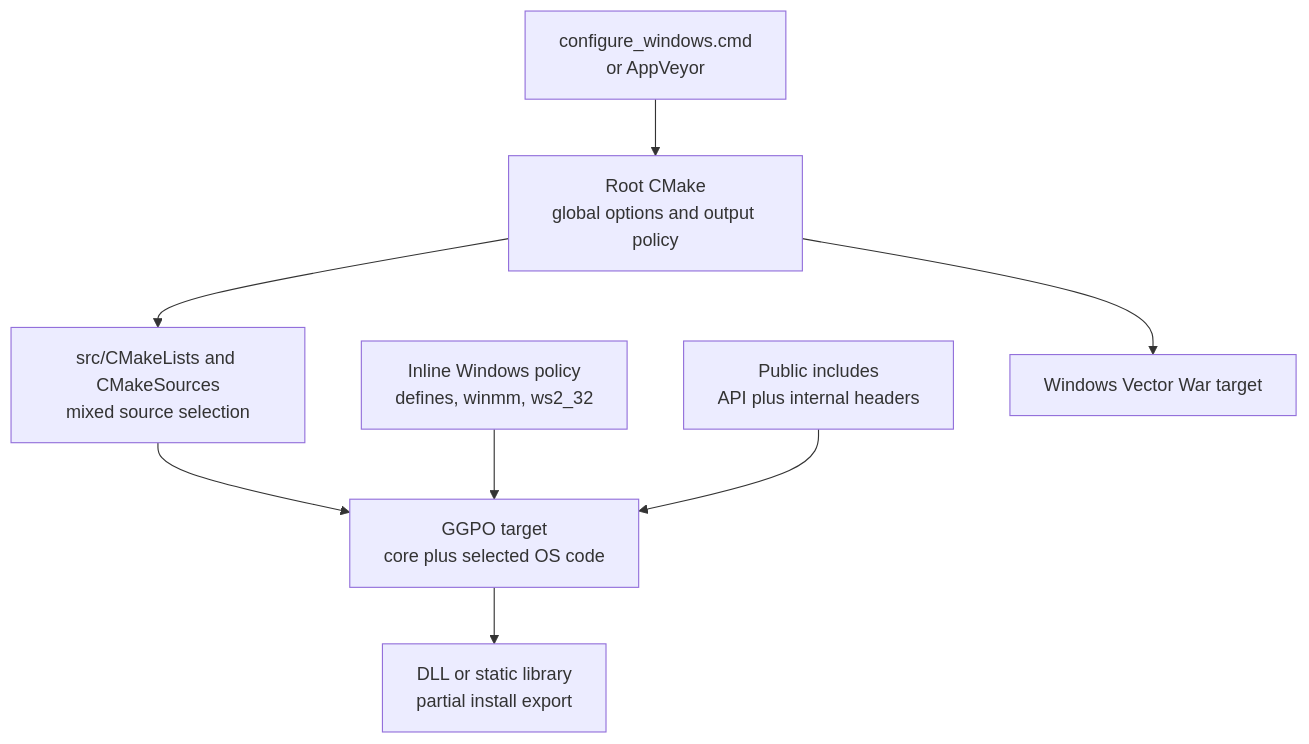
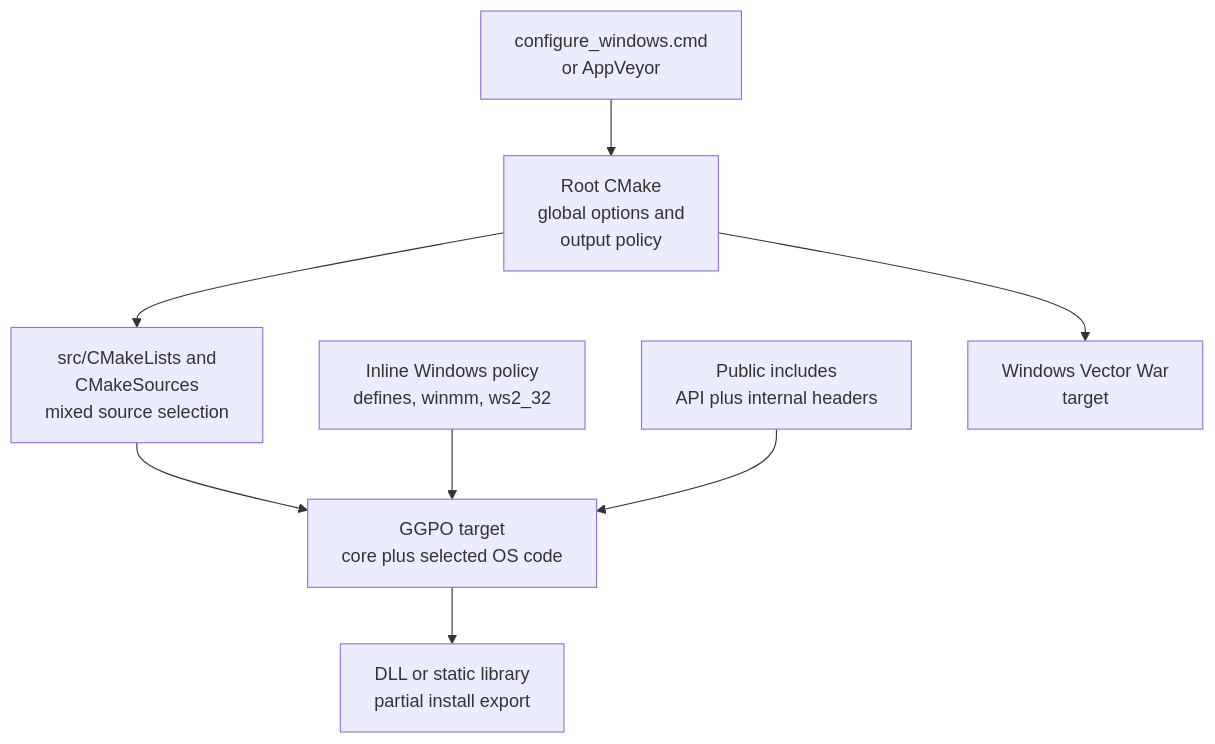
One commit to irregularthanis/ggpo-next changed the third of 5 diagrams in doc/planning/2026-11-06-platform_agnostic_core/TECH_PLAN.md. Above: the diagram before and after it, drawn with Mermaid. The commit also changed other lines of this file and 9 other files, not shown here.

Commit message:
docs: wrap Mermaid diagram labels

````diff
--- a/doc/planning/2026-11-06-platform_agnostic_core/TECH_PLAN.md
+++ b/doc/planning/2026-11-06-platform_agnostic_core/TECH_PLAN.md
@@ -269,16 +269,16 @@
 ```mermaid
 flowchart TD
     Entry["configure_windows.cmd<br/>or AppVeyor"]
-    Root["Root CMake<br/>global options and output policy"]
-    List["src/CMakeLists and CMakeSources<br/>mixed source selection"]
+    Root["Root CMake<br/>global options and<br/>output policy"]
+    List["src/CMakeLists and<br/>CMakeSources<br/>mixed source selection"]
     Mixed["GGPO target<br/>core plus selected OS code"]
     Inline["Inline Windows policy<br/>defines, winmm, ws2_32"]
     Leak["Public includes<br/>API plus internal headers"]
     Output["DLL or static library<br/>partial install export"]
-    Sample["Windows Vector War target"]
+    Sample["Windows Vector War<br/>target"]
 
     Entry --> Root --> List --> Mixed --> Output
     Root --> Sample
     Inline --> Mixed
     Leak --> Mixed
 ```
````
